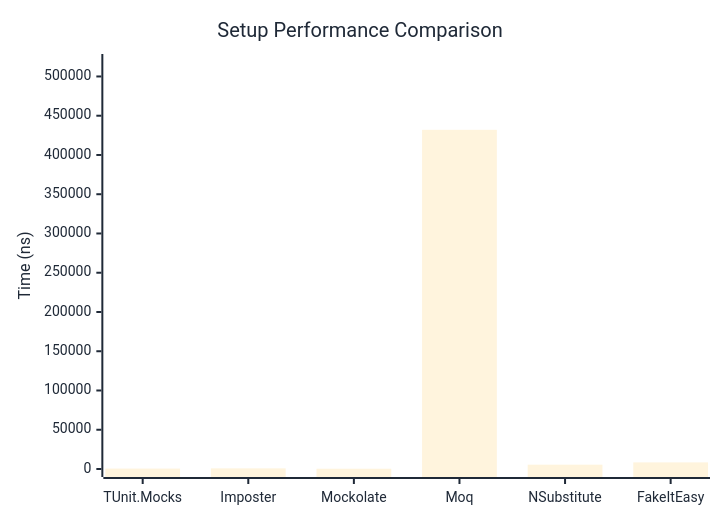
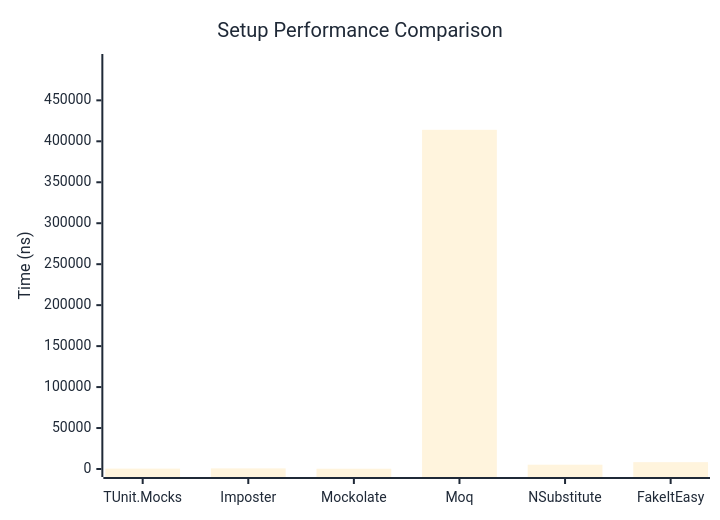
Before and after one commit to thomhurst/TUnit: the first of 2 diagrams in docs/docs/benchmarks/mocks/Setup.md, drawn with Mermaid. The commit also changed other lines of this file and 14 other files, not shown here.

````diff
--- a/docs/docs/benchmarks/mocks/Setup.md
+++ b/docs/docs/benchmarks/mocks/Setup.md
@@ -30,27 +30,27 @@
 ```mermaid
 %%{init: {
   'theme':'base',
   'themeVariables': {
     'primaryColor': '#2563eb',
     'primaryTextColor': '#1f2937',
     'primaryBorderColor': '#1e40af',
     'lineColor': '#6b7280',
     'secondaryColor': '#7c3aed',
     'tertiaryColor': '#dc2626',
     'background': '#ffffff',
     'pie1': '#2563eb',
     'pie2': '#7c3aed',
     'pie3': '#dc2626',
     'pie4': '#f59e0b',
     'pie5': '#10b981',
     'pie6': '#06b6d4',
     'pie7': '#ec4899',
     'pie8': '#6366f1'
   }
 }}%%
 xychart-beta
   title "Setup Performance Comparison"
   x-axis ["TUnit.Mocks", "Imposter", "Mockolate", "Moq", "NSubstitute", "FakeItEasy"]
-  y-axis "Time (ns)" 0 --> 518425
-  bar [535.2, 797.8, 342.5, 432020.5, 5506.2, 8432.9]
+  y-axis "Time (ns)" 0 --> 496803
+  bar [483.2, 741.2, 314.3, 414002.2, 5239.1, 8339]
 ```
````
